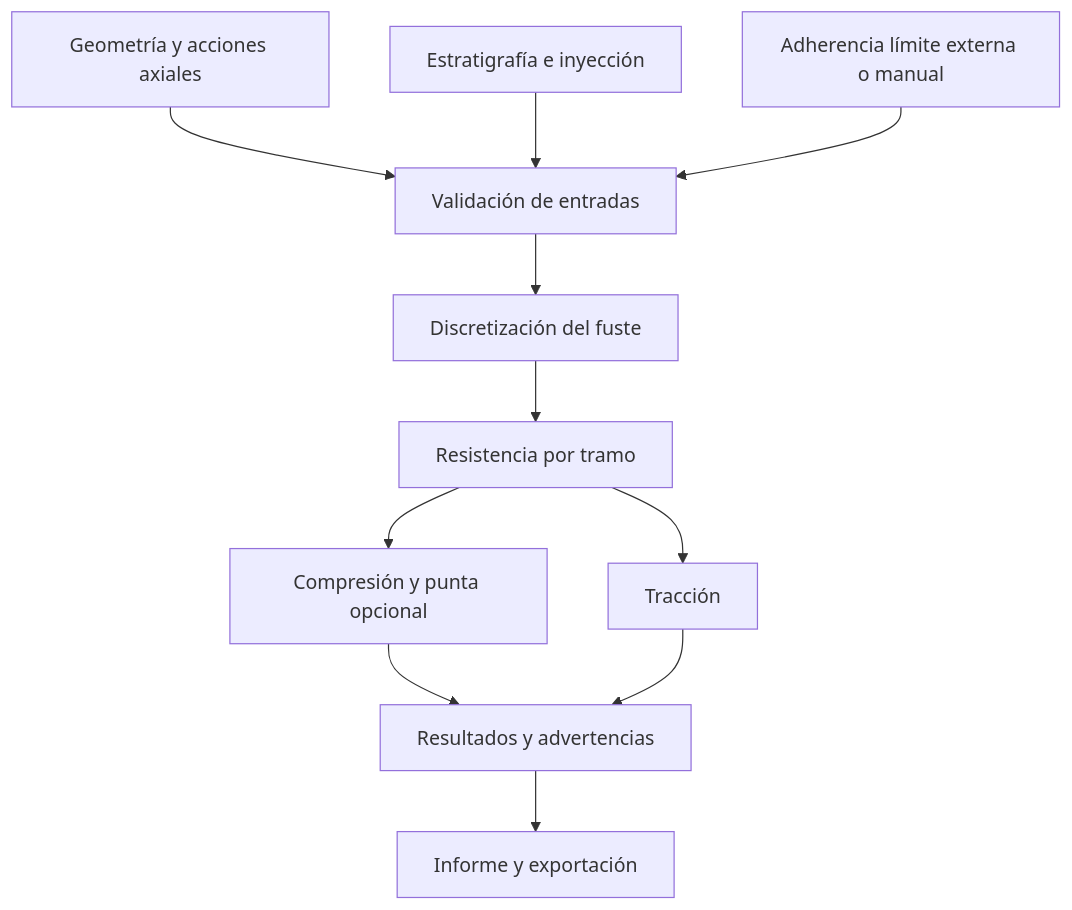
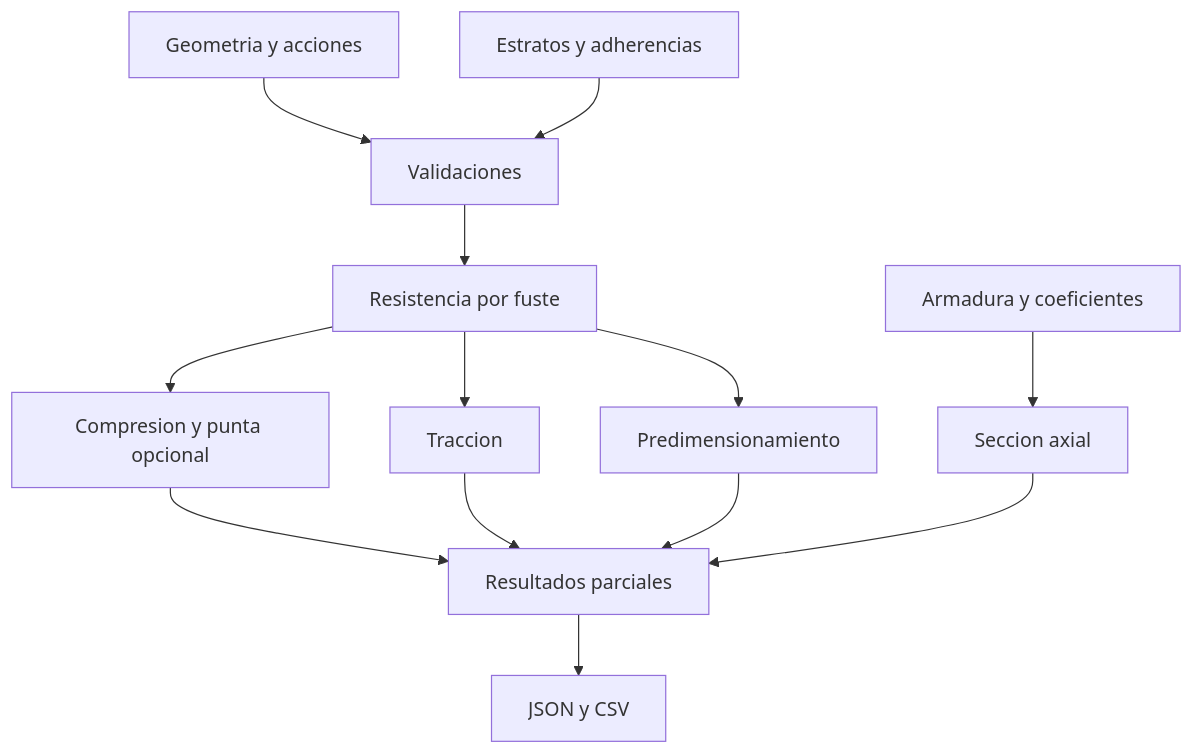
One commit to me1lopig/Exterior changed the diagram in micropilotes/README.md. Above: the diagram before and after it, drawn with Mermaid. The commit also changed other lines of this file and 8 other files, not shown here.

Commit message:
feat(micropilotes): auditoria, predimensionamiento y seccion axial v0.3.0

````diff
--- a/micropilotes/README.md
+++ b/micropilotes/README.md
@@ -73,13 +26,15 @@
 ```mermaid
 flowchart TD
-    A[Geometría y acciones axiales] --> D[Validación de entradas]
-    B[Estratigrafía e inyección] --> D
-    C[Adherencia límite externa o manual] --> D
-    D --> E[Discretización del fuste]
-    E --> F[Resistencia por tramo]
-    F --> G[Compresión y punta opcional]
-    F --> H[Tracción]
-    G --> I[Resultados y advertencias]
-    H --> I
-    I --> J[Informe y exportación]
+ A[Geometria y acciones] --> C[Validaciones]
+ B[Estratos y adherencias] --> C
+ C --> D[Resistencia por fuste]
+ D --> E[Compresion y punta opcional]
+ D --> F[Traccion]
+ D --> G[Predimensionamiento]
+ H[Armadura y coeficientes] --> I[Seccion axial]
+ E --> J[Resultados parciales]
+ F --> J
+ G --> J
+ I --> J
+ J --> K[JSON y CSV]
 ```
````
